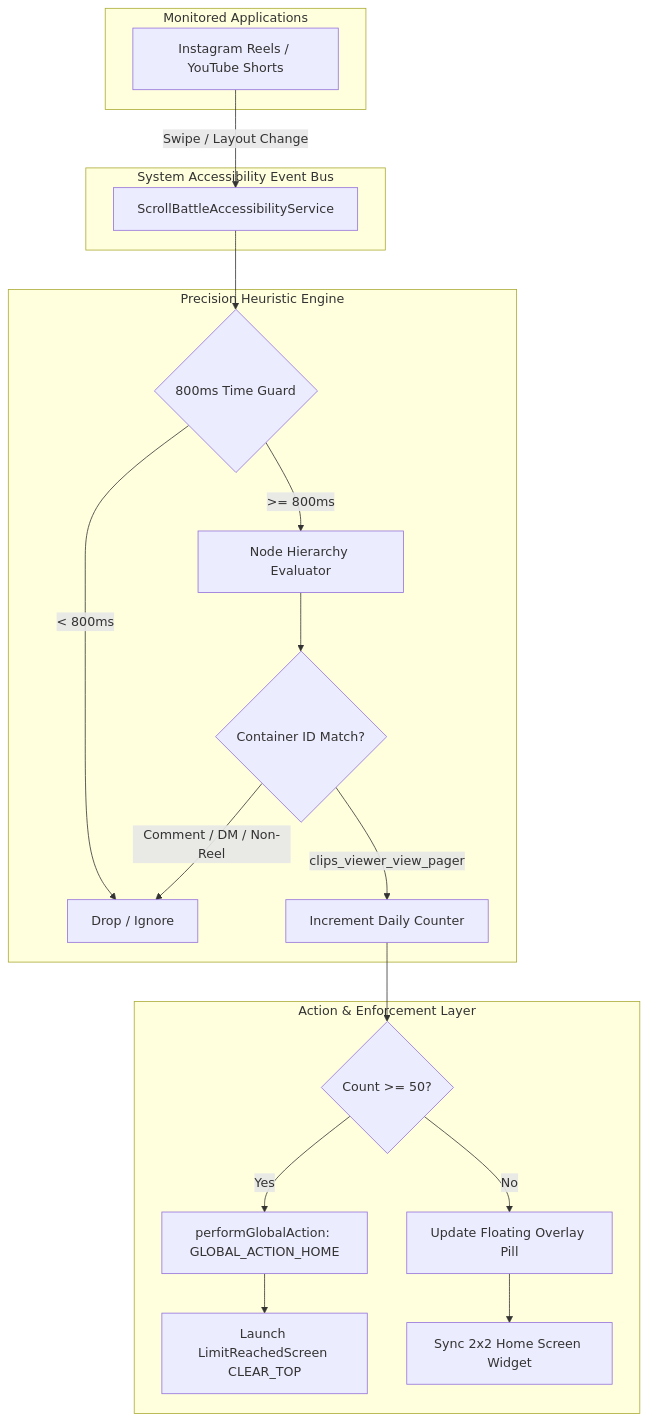
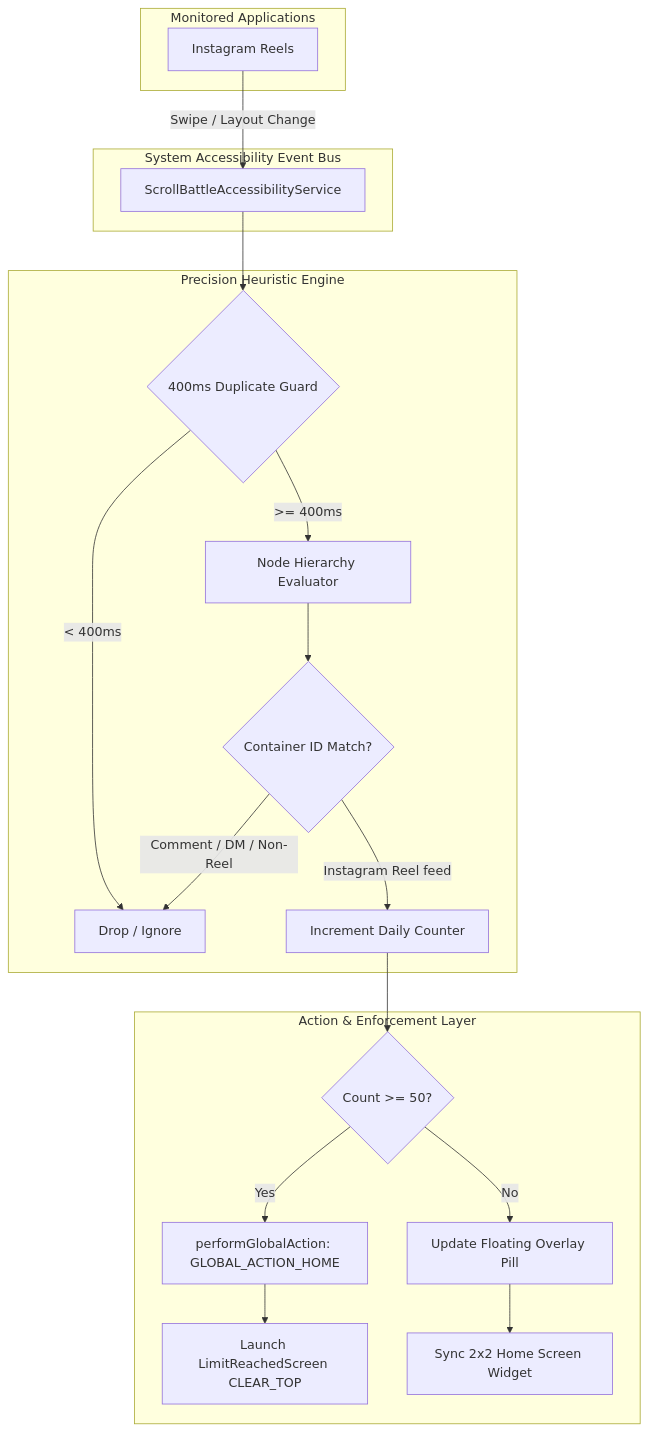
Before and after one commit to NIKHILSINGLAT/ScrollBattle: the diagram in README.md, drawn with Mermaid.

Commit message:
docs: align architecture diagram with Instagram-only implementation

````diff
--- a/README.md
+++ b/README.md
@@ -42,27 +42,27 @@
 ```mermaid
 flowchart TD
     subgraph Target_Apps [Monitored Applications]
-        IG[Instagram Reels / YouTube Shorts]
+        IG[Instagram Reels]
     end
 
     subgraph Accessibility_Bus [System Accessibility Event Bus]
         IG -->|Swipe / Layout Change| Bus[ScrollBattleAccessibilityService]
     end
 
     subgraph Detection_Engine [Precision Heuristic Engine]
-        Bus --> Throttler{800ms Time Guard}
-        Throttler -- "< 800ms" --> Drop[Drop / Ignore]
-        Throttler -- ">= 800ms" --> Evaluator[Node Hierarchy Evaluator]
+        Bus --> Throttler{400ms Duplicate Guard}
+        Throttler -- "< 400ms" --> Drop[Drop / Ignore]
+        Throttler -- ">= 400ms" --> Evaluator[Node Hierarchy Evaluator]
         Evaluator --> Match{Container ID Match?}
         Match -- "Comment / DM / Non-Reel" --> Drop
-        Match -- "clips_viewer_view_pager" --> Count[Increment Daily Counter]
+        Match -- "Instagram Reel feed" --> Count[Increment Daily Counter]
     end
 
     subgraph Enforcement [Action & Enforcement Layer]
         Count --> LimitCheck{Count >= 50?}
         LimitCheck -- "Yes" --> Kick[performGlobalAction: GLOBAL_ACTION_HOME]
         Kick --> LockScreen[Launch LimitReachedScreen CLEAR_TOP]
         LimitCheck -- "No" --> PillUpdate[Update Floating Overlay Pill]
         PillUpdate --> WidgetUpdate[Sync 2x2 Home Screen Widget]
     end
 ```
````
